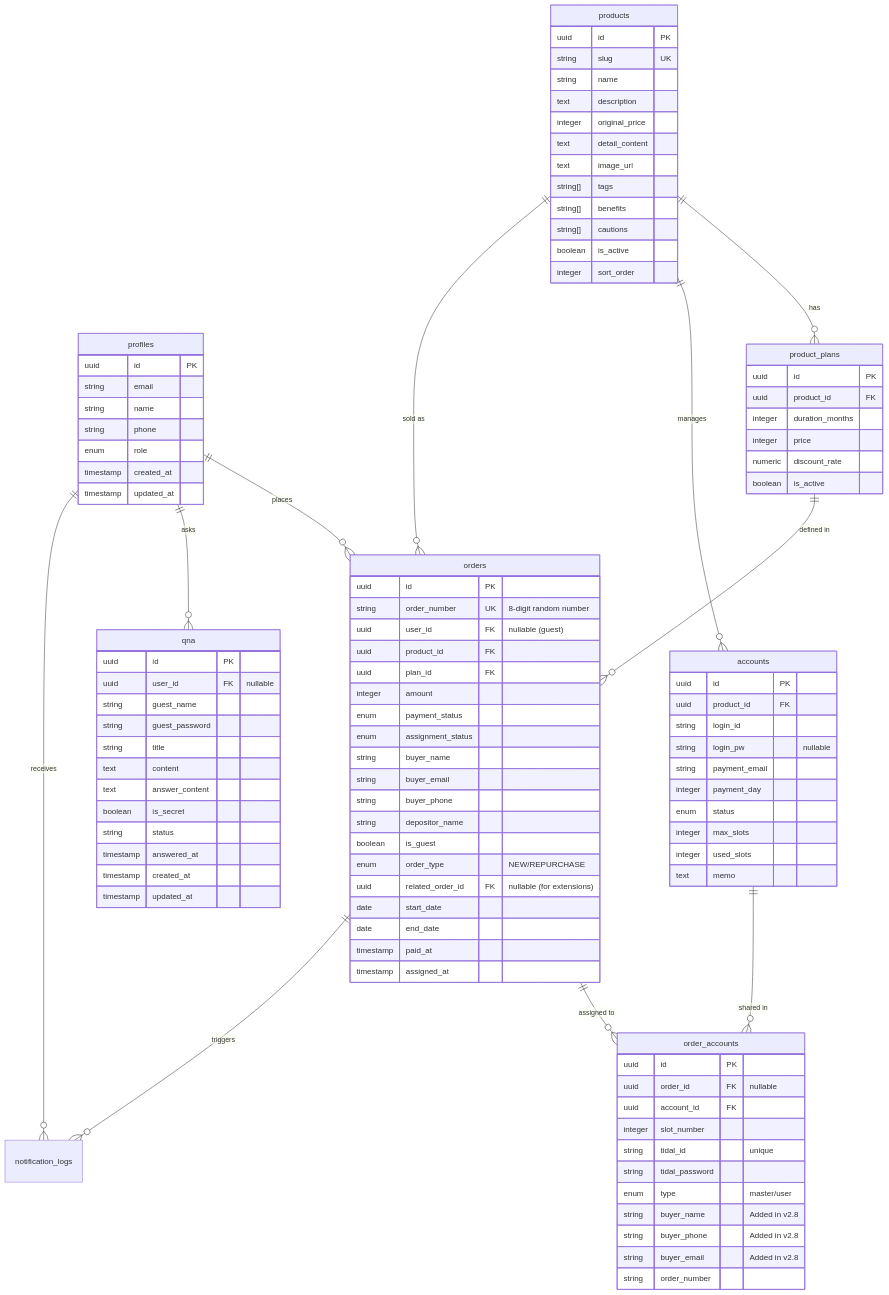
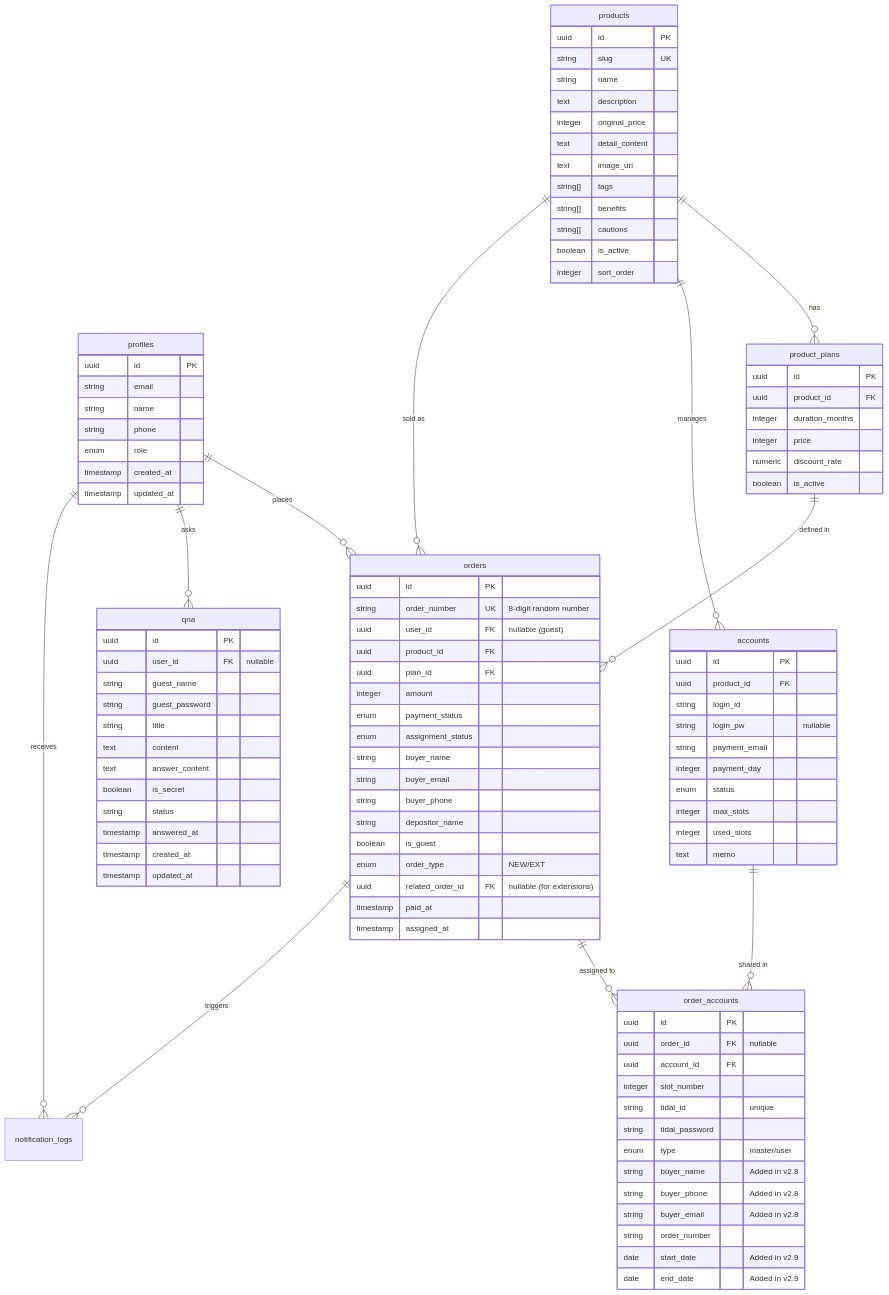
The diagram in docs/db_schema.md (jeon28/dalbus), drawn with Mermaid before and after one commit. The commit also changed other lines of this file and 35 other files, not shown here.

```diff
--- a/docs/db_schema.md
+++ b/docs/db_schema.md
@@ -80,10 +80,8 @@
         string buyer_phone
         string depositor_name
         boolean is_guest
-        enum order_type "NEW/REPURCHASE"
+        enum order_type "NEW/EXT"
         uuid related_order_id FK "nullable (for extensions)"
-        date start_date
-        date end_date
         timestamp paid_at
         timestamp assigned_at
     }
@@ -100,6 +98,8 @@
         string buyer_phone "Added in v2.8"
         string buyer_email "Added in v2.8"
         string order_number
+        date start_date "Added in v2.9"
+        date end_date "Added in v2.9"
     }
     
     qna {
```
